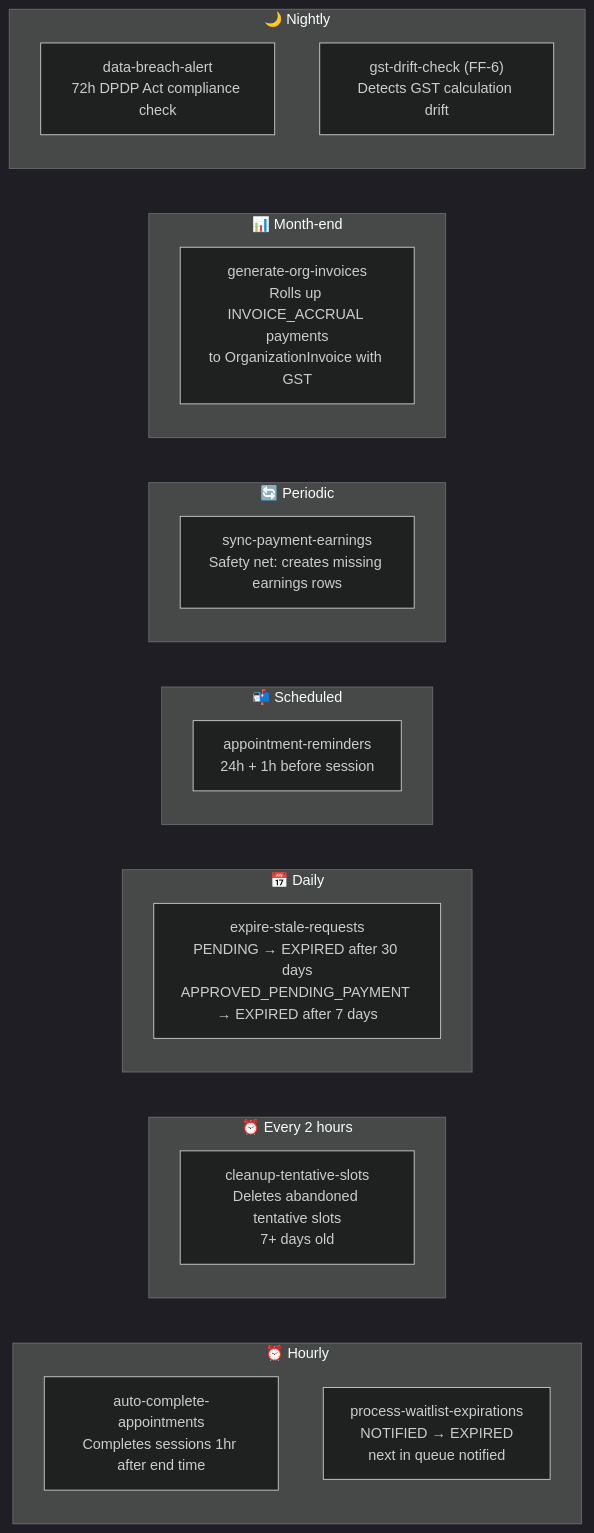
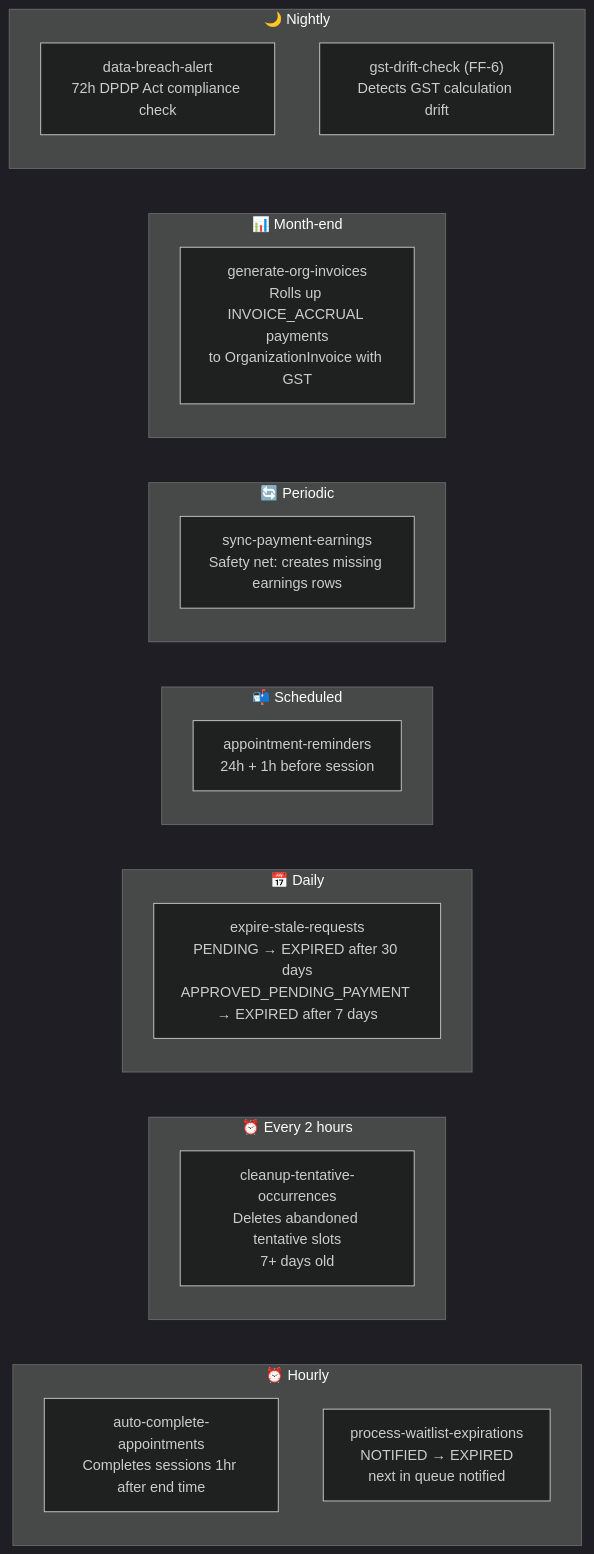
One commit to Practitionist/familiarise_web changed diagram 18 of 19 in docs/architecture/product-flow-map.md. Above: the diagram before and after it, drawn with Mermaid (dark theme). The commit also changed other lines of this file and 107 other files, not shown here.

````diff
--- a/docs/architecture/product-flow-map.md
+++ b/docs/architecture/product-flow-map.md
@@ -553,32 +553,32 @@
 ```mermaid
 flowchart LR
     subgraph Hourly["⏰ Hourly"]
         AC["auto-complete-appointments\nCompletes sessions 1hr after end time"]
         PWE["process-waitlist-expirations\nNOTIFIED → EXPIRED\nnext in queue notified"]
     end
 
     subgraph Every2h["⏰ Every 2 hours"]
-        CTS["cleanup-tentative-slots\nDeletes abandoned tentative slots\n7+ days old"]
+        CTS["cleanup-tentative-occurrences\nDeletes abandoned tentative slots\n7+ days old"]
     end
 
     subgraph Daily["📅 Daily"]
         ESR["expire-stale-requests\nPENDING → EXPIRED after 30 days\nAPPROVED_PENDING_PAYMENT → EXPIRED after 7 days"]
     end
 
     subgraph Scheduled["📬 Scheduled"]
         AR["appointment-reminders\n24h + 1h before session"]
     end
 
     subgraph Periodic["🔄 Periodic"]
         SPE["sync-payment-earnings\nSafety net: creates missing earnings rows"]
     end
 
     subgraph MonthEnd["📊 Month-end"]
         GOI["generate-org-invoices\nRolls up INVOICE_ACCRUAL payments\nto OrganizationInvoice with GST"]
     end
 
     subgraph Nightly["🌙 Nightly"]
         DBA["data-breach-alert\n72h DPDP Act compliance check"]
         GDC["gst-drift-check (FF-6)\nDetects GST calculation drift"]
     end
 ```
````
